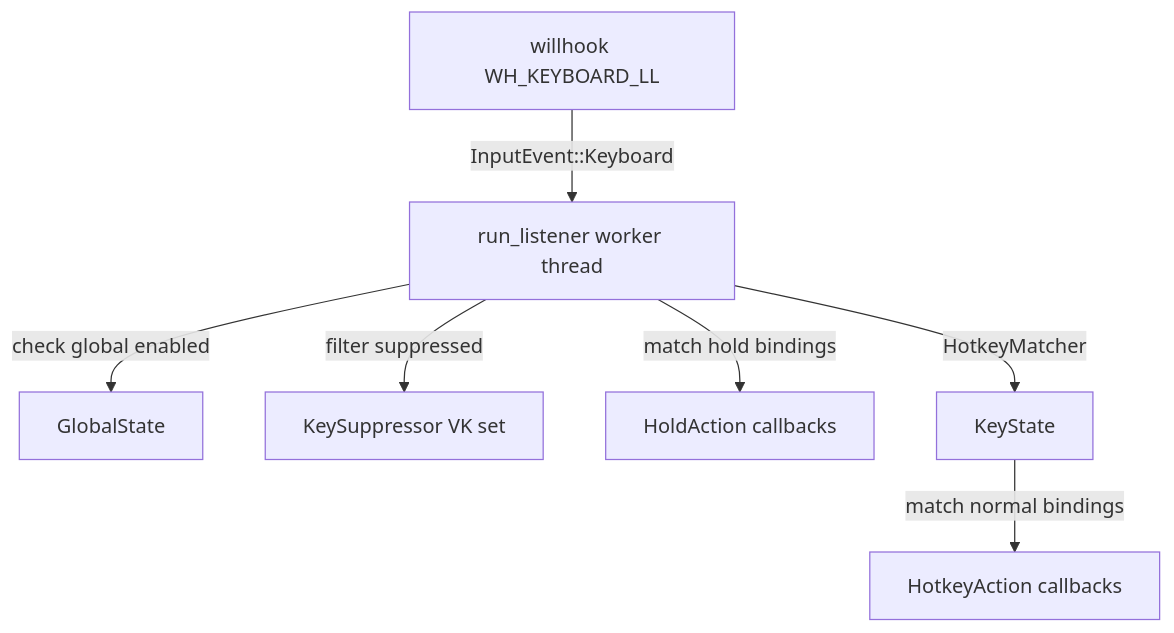
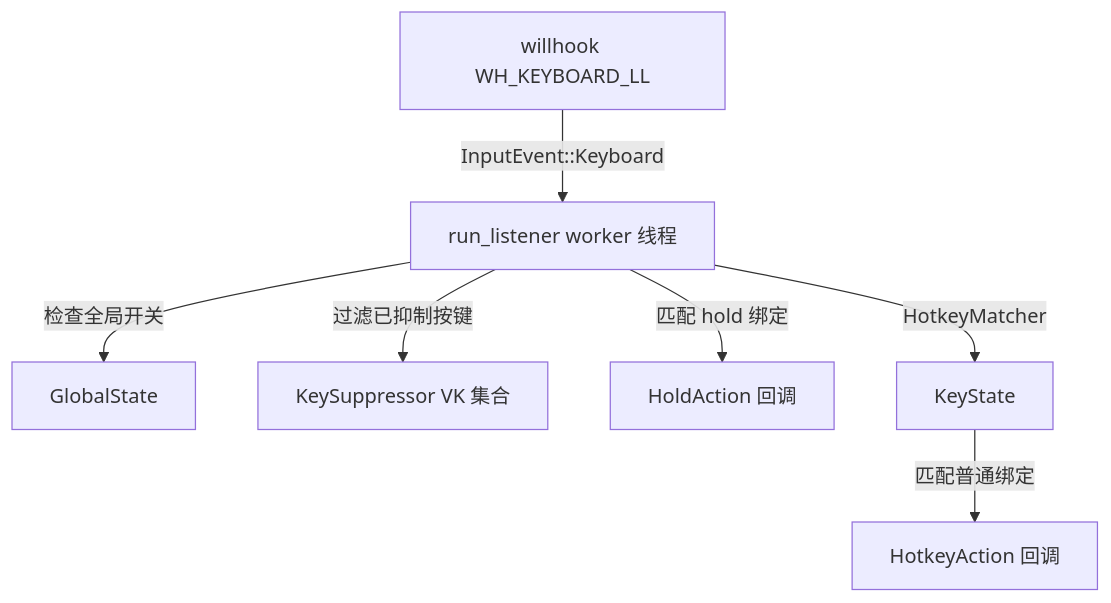
One commit to IZRINO/delta-auto-tools changed the diagram in droid-wiki/systems/hotkeys.md. Above: the diagram before and after it, drawn with Mermaid. The commit also changed other lines of this file and 36 other files, not shown here.

````diff
--- a/droid-wiki/systems/hotkeys.md
+++ b/droid-wiki/systems/hotkeys.md
@@ -24,9 +29,9 @@
 ```mermaid
 graph TD
-    Hook["willhook WH_KEYBOARD_LL"] -->|InputEvent::Keyboard| Listener["run_listener worker thread"]
-    Listener -->|check global enabled| Global["GlobalState"]
-    Listener -->|filter suppressed| Suppress["KeySuppressor VK set"]
-    Listener -->|match hold bindings| HoldApps["HoldAction callbacks"]
+    Hook["willhook WH_KEYBOARD_LL"] -->|InputEvent::Keyboard| Listener["run_listener worker 线程"]
+    Listener -->|检查全局开关| Global["GlobalState"]
+    Listener -->|过滤已抑制按键| Suppress["KeySuppressor VK 集合"]
+    Listener -->|匹配 hold 绑定| HoldApps["HoldAction 回调"]
     Listener -->|HotkeyMatcher| Match["KeyState"]
-    Match -->|match normal bindings| NormalApps["HotkeyAction callbacks"]
+    Match -->|匹配普通绑定| NormalApps["HotkeyAction 回调"]
 ```
````
